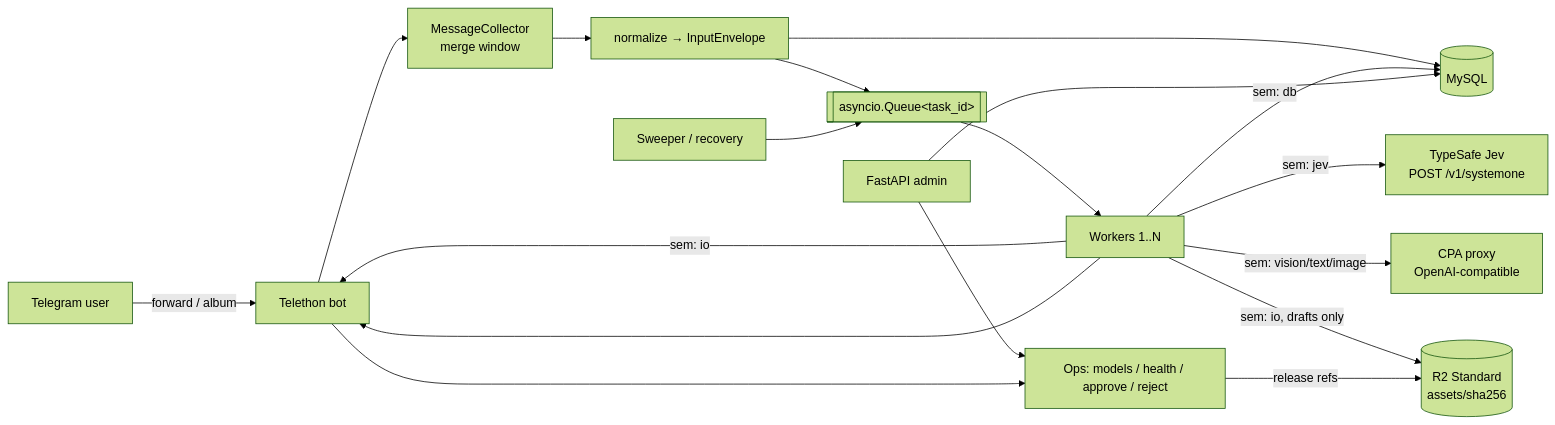
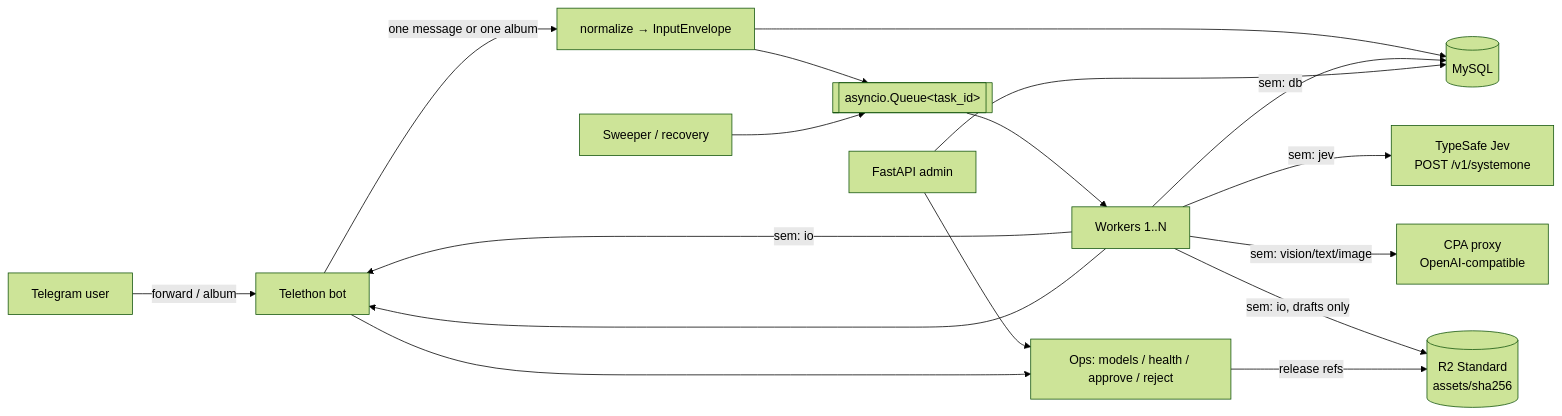
Before and after one commit to stackoracode/tg-x-copilot: the diagram in docs/ARCHITECTURE.md, drawn with Mermaid (forest theme). The commit also changed other lines of this file and 29 other files, not shown here.

````diff
--- a/docs/ARCHITECTURE.md
+++ b/docs/ARCHITECTURE.md
@@ -37,20 +37,19 @@
 ```mermaid
 flowchart LR
   TG[Telegram user] -- forward / album --> BOT[Telethon bot]
-  BOT --> COL[MessageCollector<br/>merge window]
-  COL --> NORM[normalize → InputEnvelope]
+  BOT -- one message or one album --> NORM[normalize → InputEnvelope]
   NORM --> DB[(MySQL)]
   NORM --> Q[[asyncio.Queue&lt;task_id&gt;]]
   SWEEP[Sweeper / recovery] --> Q
   Q --> W[Workers 1..N]
   W -- sem: jev --> JEV[TypeSafe Jev<br/>POST /v1/systemone]
   W -- sem: io --> BOT
   W -- sem: vision/text/image --> CPA[CPA proxy<br/>OpenAI-compatible]
   W -- sem: io, drafts only --> R2[(R2 Standard<br/>assets/sha256)]
   W -- sem: db --> DB
   W --> BOT
   ADMIN[FastAPI admin] --> DB
   ADMIN --> OPS[Ops: models / health / approve / reject]
   BOT --> OPS
   OPS -- release refs --> R2
 ```
````
